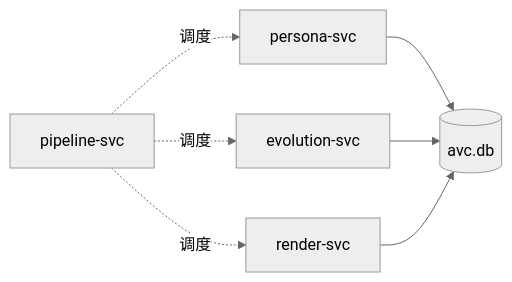
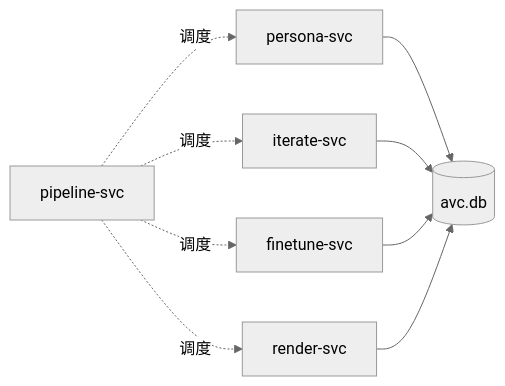
Before and after one commit to growdu/avcore: the diagram in docs/modules/README.md, drawn with Mermaid (neutral theme). The commit also changed other lines of this file and 10 other files, not shown here.

````diff
--- a/docs/modules/README.md
+++ b/docs/modules/README.md
@@ -14,9 +14,11 @@
 ```mermaid
 flowchart LR
     PS[persona-svc] --> ST[(avc.db)]
-    EV[evolution-svc] --> ST
+    IT[iterate-svc] --> ST
+    FT[finetune-svc] --> ST
     VG[render-svc] --> ST
     PL[pipeline-svc] -.调度.-> PS
-    PL -.调度.-> EV
+    PL -.调度.-> IT
+    PL -.调度.-> FT
     PL -.调度.-> VG
 ```
````
